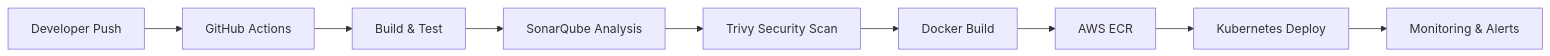
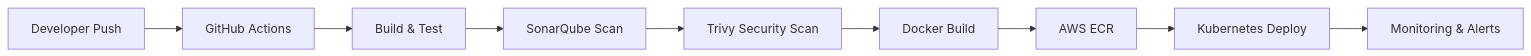
The diagram in README.md (omkarbhete/omkarbhete), drawn with Mermaid before and after one commit. The commit also changed other lines of this file, not shown here.

````diff
--- a/README.md
+++ b/README.md
@@ -84,11 +163,11 @@
 ```mermaid
 flowchart LR
     A[Developer Push] --> B[GitHub Actions]
     B --> C[Build & Test]
-    C --> D[SonarQube Analysis]
+    C --> D[SonarQube Scan]
     D --> E[Trivy Security Scan]
     E --> F[Docker Build]
     F --> G[AWS ECR]
     G --> H[Kubernetes Deploy]
     H --> I[Monitoring & Alerts]
 ```
````
